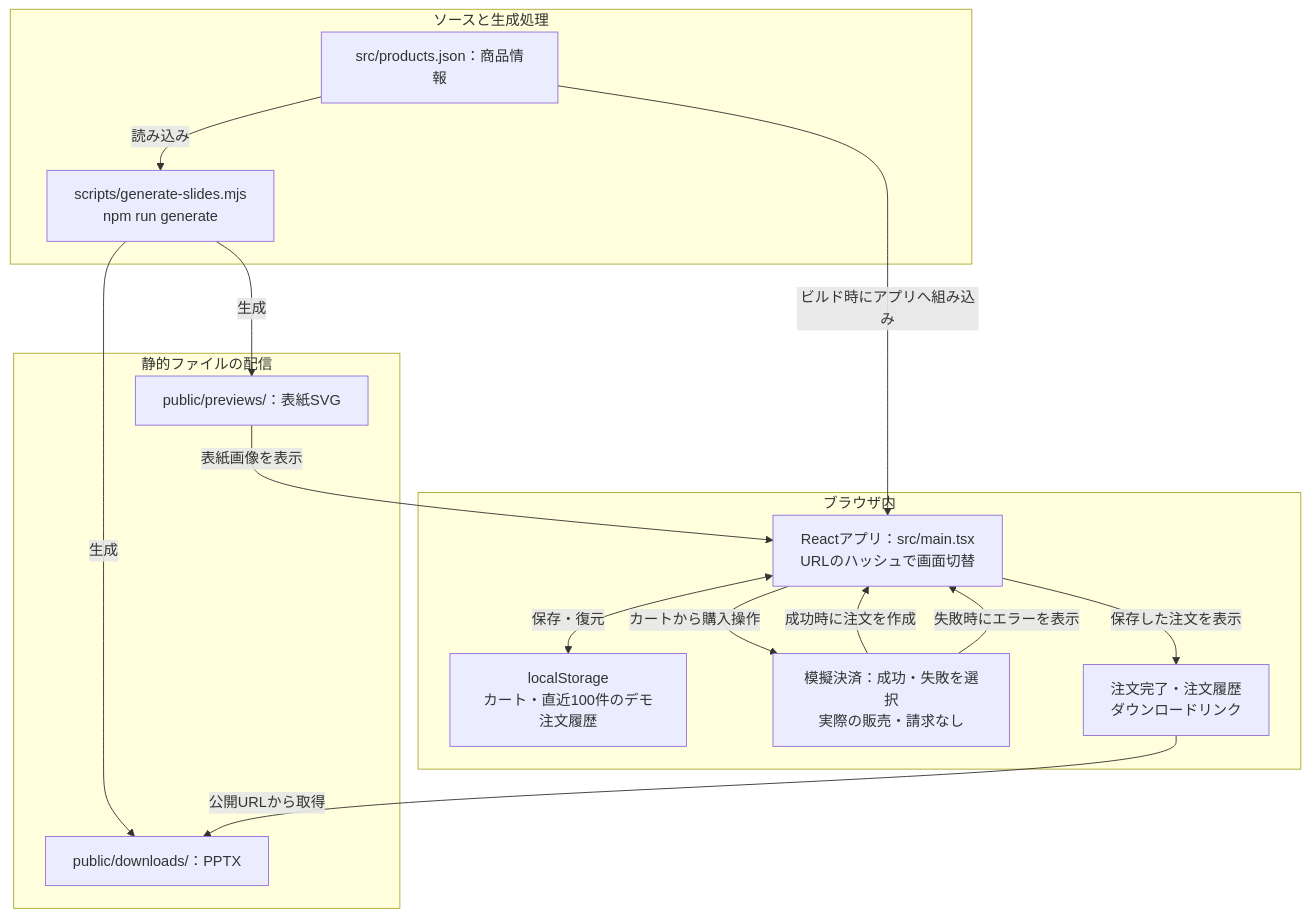
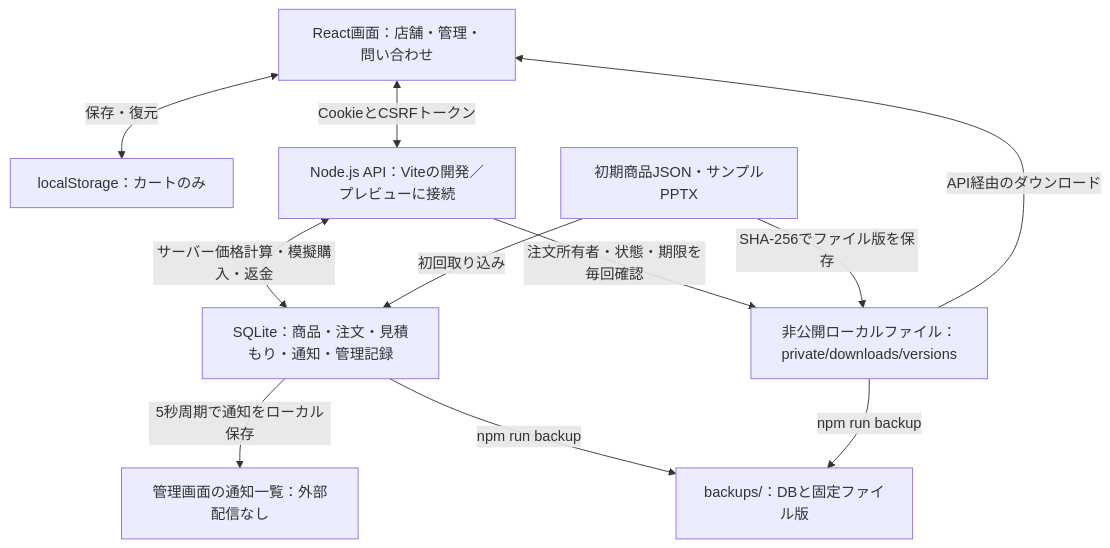
The diagram in README.md (tamina0624-study/ec_site_sample), drawn with Mermaid before and after one commit. The commit also changed other lines of this file and 29 other files, not shown here.

````diff
--- a/README.md
+++ b/README.md
@@ -63,31 +127,21 @@
 ```mermaid
 flowchart TD
-    subgraph source["ソースと生成処理"]
-        products["src/products.json：商品情報"]
-        generator["scripts/generate-slides.mjs<br/>npm run generate"]
-        products -->|読み込み| generator
-    end
-
-    subgraph static["静的ファイルの配信"]
-        previews["public/previews/：表紙SVG"]
-        downloads["public/downloads/：PPTX"]
-    end
-
-    subgraph browser["ブラウザ内"]
-        app["Reactアプリ：src/main.tsx<br/>URLのハッシュで画面切替"]
-        storage["localStorage<br/>カート・直近100件のデモ注文履歴"]
-        payment["模擬決済：成功・失敗を選択<br/>実際の販売・請求なし"]
-        order["注文完了・注文履歴<br/>ダウンロードリンク"]
-        app <-->|保存・復元| storage
-        app -->|カートから購入操作| payment
-        payment -->|成功時に注文を作成| app
-        payment -->|失敗時にエラーを表示| app
-        app -->|保存した注文を表示| order
-    end
-
-    products -->|ビルド時にアプリへ組み込み| app
-    generator -->|生成| previews
-    generator -->|生成| downloads
-    previews -->|表紙画像を表示| app
-    order -->|公開URLから取得| downloads
+    browser["React画面：店舗・管理・問い合わせ"]
+    cart["localStorage：カートのみ"]
+    api["Node.js API：Viteの開発／プレビューに接続"]
+    db["SQLite：商品・注文・見積もり・通知・管理記録"]
+    files["非公開ローカルファイル：private/downloads/versions"]
+    inbox["管理画面の通知一覧：外部配信なし"]
+    seed["初期商品JSON・サンプルPPTX"]
+    backup["backups/：DBと固定ファイル版"]
+    browser <-->|保存・復元| cart
+    browser <-->|CookieとCSRFトークン| api
+    api <-->|サーバー価格計算・模擬購入・返金| db
+    api -->|注文所有者・状態・期限を毎回確認| files
+    files -->|API経由のダウンロード| browser
+    db -->|5秒周期で通知をローカル保存| inbox
+    seed -->|初回取り込み| db
+    seed -->|SHA-256でファイル版を保存| files
+    db -->|npm run backup| backup
+    files -->|npm run backup| backup
 ```
````
